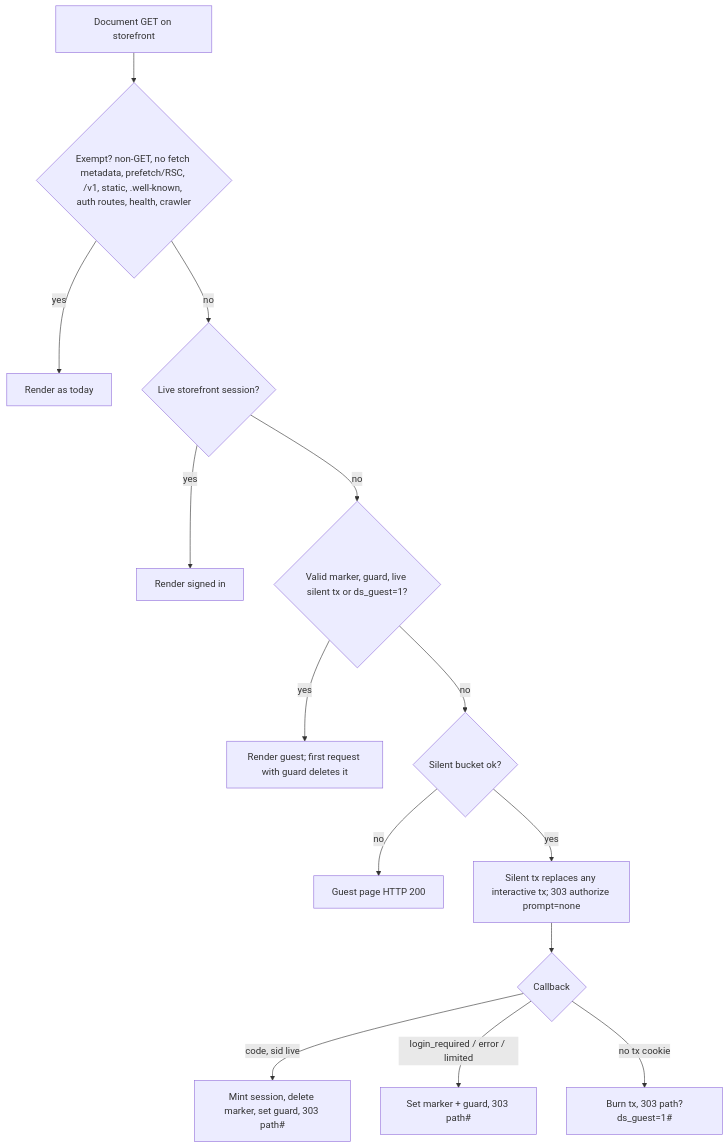
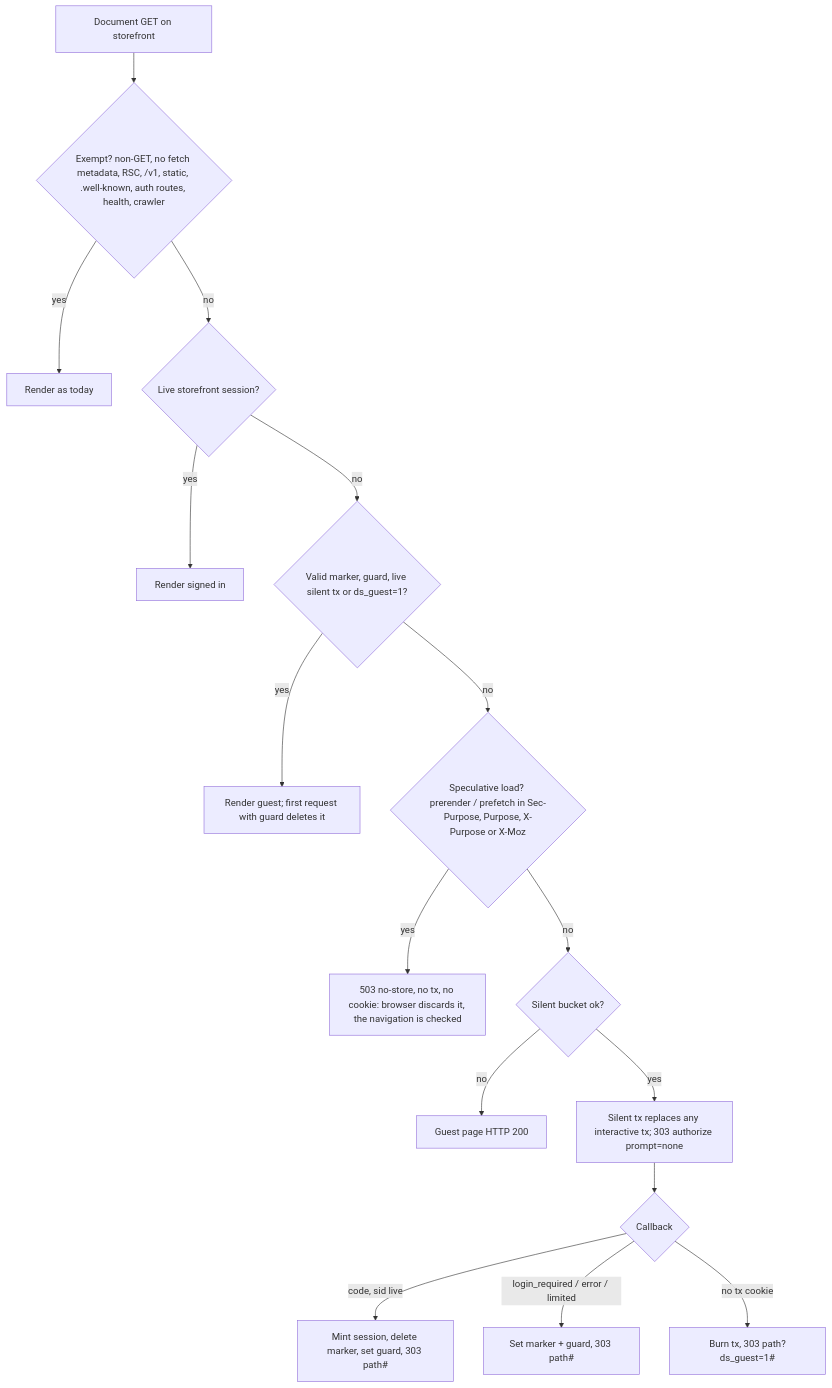
One commit to doctor-school/ds-platform changed the seventh of 12 diagrams in apps/docs/content/specs/features/003-user-authentication/003-design.md. Above: the diagram before and after it, drawn with Mermaid. The commit also changed 12 other files, not shown here.

First line of the commit message:
fix(3660): every speculative load is refused, whichever purpose header marks it (003 EARS-63)

````diff
--- a/apps/docs/content/specs/features/003-user-authentication/003-design.md
+++ b/apps/docs/content/specs/features/003-user-authentication/003-design.md
@@ -352,16 +352,18 @@
 ```mermaid
 flowchart TD
-    R[Document GET on storefront] --> E{Exempt? non-GET, no fetch metadata, prefetch/RSC, /v1, static, .well-known, auth routes, health, crawler}
+    R[Document GET on storefront] --> E{Exempt? non-GET, no fetch metadata, RSC, /v1, static, .well-known, auth routes, health, crawler}
     E -- yes --> G0[Render as today]
     E -- no --> S{Live storefront session?}
     S -- yes --> P[Render signed in]
     S -- no --> M{Valid marker, guard, live silent tx or ds_guest=1?}
     M -- yes --> GG[Render guest; first request with guard deletes it]
-    M -- no --> RL{Silent bucket ok?}
+    M -- no --> SP{Speculative load? prerender / prefetch in Sec-Purpose, Purpose, X-Purpose or X-Moz}
+    SP -- yes --> SR[503 no-store, no tx, no cookie: browser discards it, the navigation is checked]
+    SP -- no --> RL{Silent bucket ok?}
     RL -- no --> GH[Guest page HTTP 200]
     RL -- yes --> T[Silent tx replaces any interactive tx; 303 authorize prompt=none]
     T --> CB{Callback}
     CB -- code, sid live --> MS[Mint session, delete marker, set guard, 303 path#]
     CB -- login_required / error / limited --> MK[Set marker + guard, 303 path#]
     CB -- no tx cookie --> NC[Burn tx, 303 path?ds_guest=1#]
 ```
````
